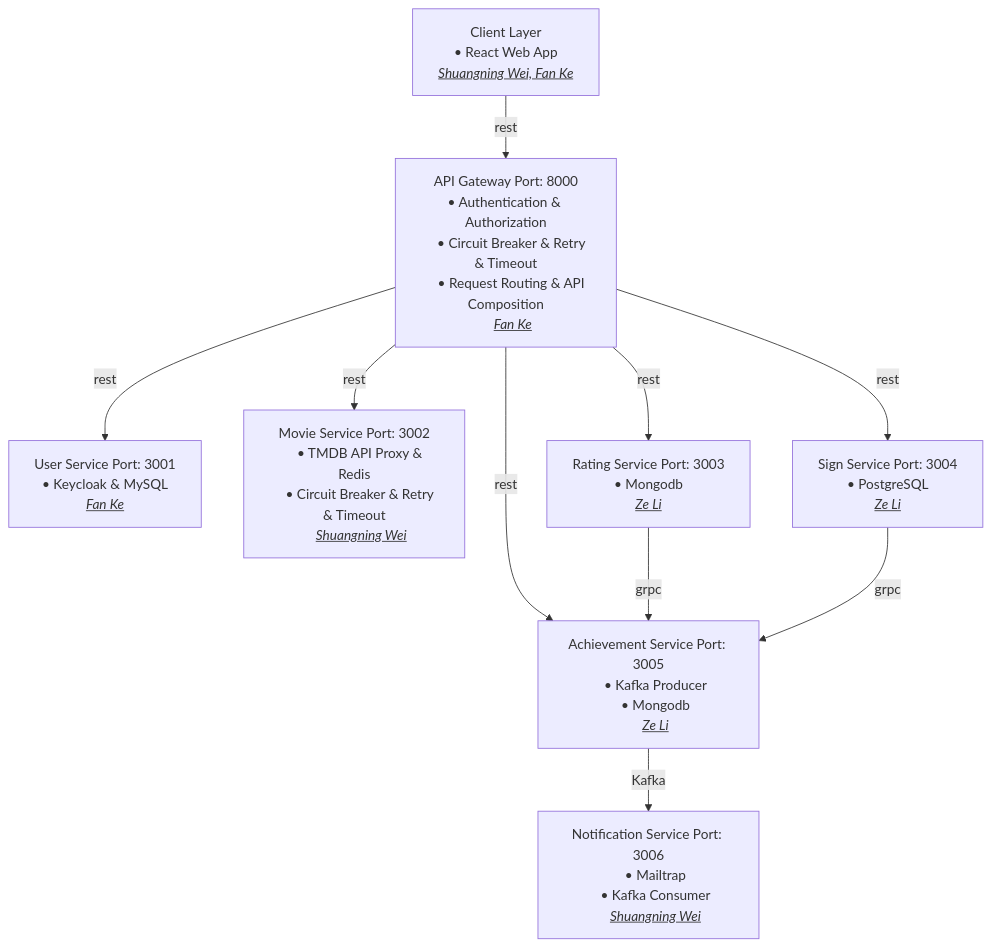
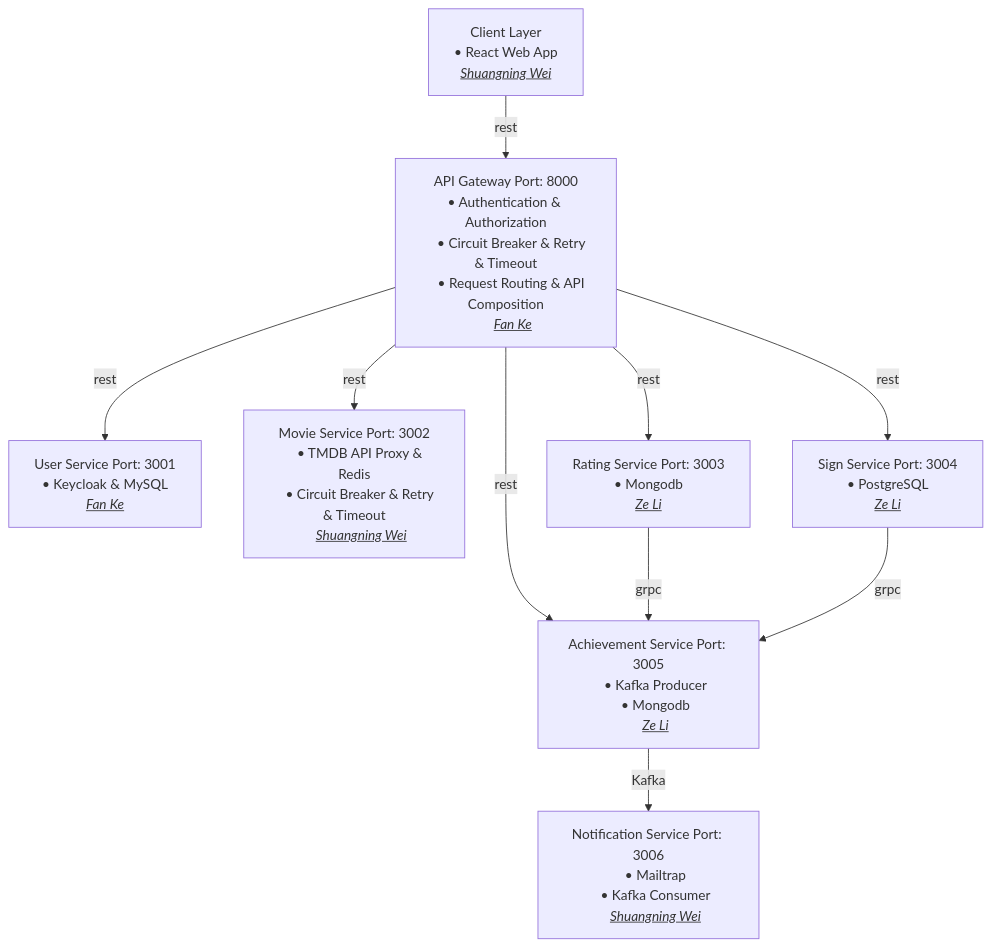
Before and after one commit to Shelly892/CineQuest: the diagram in readme.md, drawn with Mermaid. The commit also changed other lines of this file and 9 other files, not shown here.

````diff
--- a/readme.md
+++ b/readme.md
@@ -2,63 +34,63 @@
 ```mermaid
 flowchart TD
     %% Client Layer
     A[Client Layer
     • React Web App
-    <i><u>Shuangning Wei, Fan Ke</u></i>]
+    <i><u>Shuangning Wei</u></i>]
     
     %% API Gateway
     B[API Gateway Port: 8000</br>• Authentication & Authorization
     • Circuit Breaker & Retry & Timeout
     • Request Routing & API Composition
     <i><u>Fan Ke</u></i>]
     
     %% Microservices
     C[User Service Port: 3001
     • Keycloak & MySQL
     <i><u>Fan Ke</u></i>]
     
     D[Movie Service Port: 3002
     • TMDB API Proxy & Redis
     • Circuit Breaker & Retry & Timeout
     <i><u>Shuangning Wei</u></i>]
     
     E[Rating Service Port: 3003
     • Mongodb
     <i><u>Ze Li</u></i>]
     
     F[Sign Service Port: 3004
     • PostgreSQL
     <i><u>Ze Li</u></i>]
     
     G[Achievement Service Port: 3005
     • Kafka Producer
     • Mongodb
     <i><u>Ze Li</u></i>]
     
     H[Notification Service Port: 3006
     • Mailtrap
     • Kafka Consumer
     <i><u>Shuangning Wei</u></i>]
     
     %% Connections
     A -->|rest| B
     B -->|rest| C
     B -->|rest| D
     B -->|rest| E
     B -->|rest| F
     B -->|rest| G
     
 
     E -->|grpc| G
     F -->|grpc| G
     
     G -->|Kafka| H
 
 %%    B -.-> I
 %%    C -.-> I
 %%    D -.-> I
 %%    E -.-> I
 %%    F -.-> I
 %%    G -.-> I
 %%    H -.-> I
 ```
````
